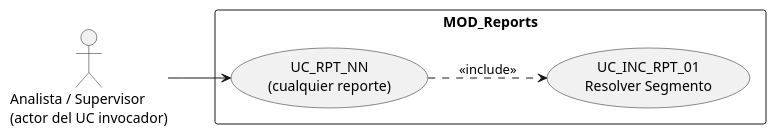
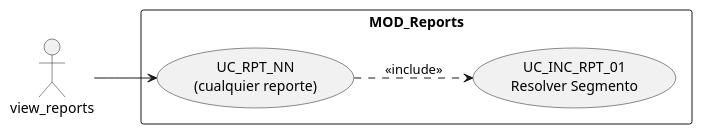
One commit to jcg-admin/IACT-docs changed the first of 3 diagrams in source/requisitos/casos-uso/reports/uc-inc-rpt-01/diagramas-uml.rst. Above: the diagram before and after it, drawn with PlantUML. The commit also changed 77 other files, not shown here.

First line of the commit message:
Enforce RBAC function names as actors in all UML diagrams

```diff
--- a/source/requisitos/casos-uso/reports/uc-inc-rpt-01/diagramas-uml.rst
+++ b/source/requisitos/casos-uso/reports/uc-inc-rpt-01/diagramas-uml.rst
@@ -10,12 +10,12 @@
 .. uml::
 
  @startuml
  left to right direction
- actor "Analista / Supervisor\n(actor del UC invocador)" as USR
+ actor "view_reports" as USR
  rectangle "MOD_Reports" {
    usecase "UC_RPT_NN\n(cualquier reporte)" as RPTNN
    usecase "UC_INC_RPT_01\nResolver Segmento" as INC01
  }
  USR --> RPTNN
  RPTNN ..> INC01 : <<include>>
  @enduml
```
